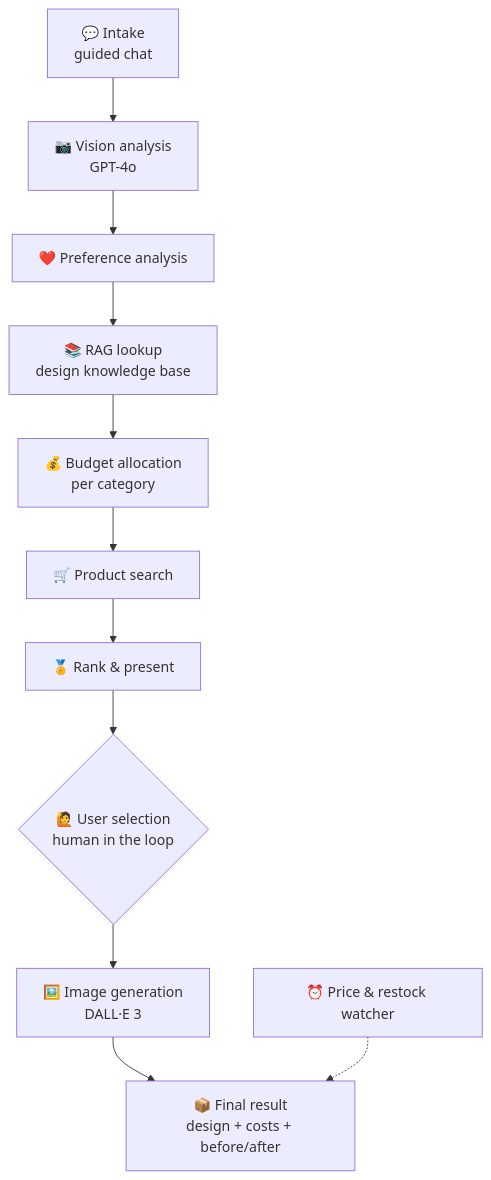
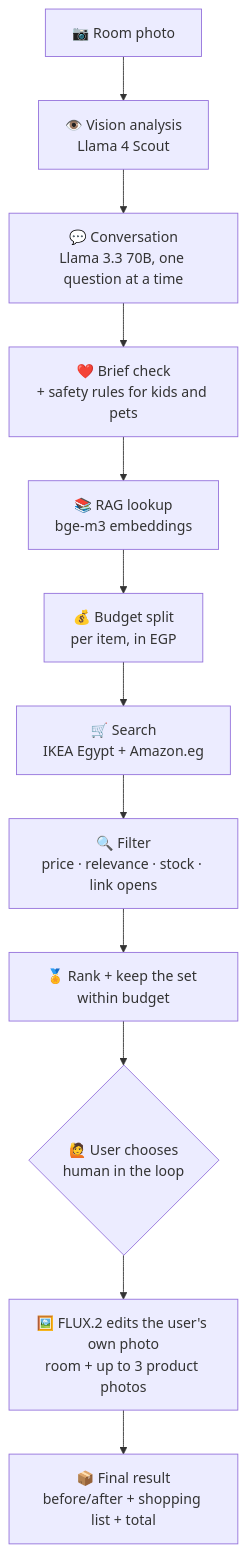
Before and after one commit to Alaa-Alyy/Multi-Agent-AI-Home-Designer: the diagram in README.md, drawn with Mermaid. The commit also changed other lines of this file and 4 other files, not shown here.

````diff
--- a/README.md
+++ b/README.md
@@ -71,13 +75,14 @@
 ```mermaid
 flowchart TD
-    A["💬 Intake<br/>guided chat"] --> B["📷 Vision analysis<br/>GPT-4o"]
-    B --> C["❤️ Preference analysis"]
-    C --> D["📚 RAG lookup<br/>design knowledge base"]
-    D --> E["💰 Budget allocation<br/>per category"]
-    E --> F["🛒 Product search"]
-    F --> G["🏅 Rank & present"]
-    G --> H{"🙋 User selection<br/>human in the loop"}
-    H --> I["🖼️ Image generation<br/>DALL·E 3"]
-    I --> J["📦 Final result<br/>design + costs + before/after"]
-    K["⏰ Price & restock watcher"] -.-> J
+    P["📷 Room photo"] --> B["👁️ Vision analysis<br/>Llama 4 Scout"]
+    B --> A["💬 Conversation<br/>Llama 3.3 70B, one question at a time"]
+    A --> C["❤️ Brief check<br/>+ safety rules for kids and pets"]
+    C --> D["📚 RAG lookup<br/>bge-m3 embeddings"]
+    D --> E["💰 Budget split<br/>per item, in EGP"]
+    E --> F["🛒 Search<br/>IKEA Egypt + Amazon.eg"]
+    F --> F2["🔍 Filter<br/>price · relevance · stock · link opens"]
+    F2 --> G["🏅 Rank + keep the set within budget"]
+    G --> H{"🙋 User chooses<br/>human in the loop"}
+    H --> I["🖼️ FLUX.2 edits the user's own photo<br/>room + up to 3 product photos"]
+    I --> J["📦 Final result<br/>before/after + shopping list + total"]
 ```
````
